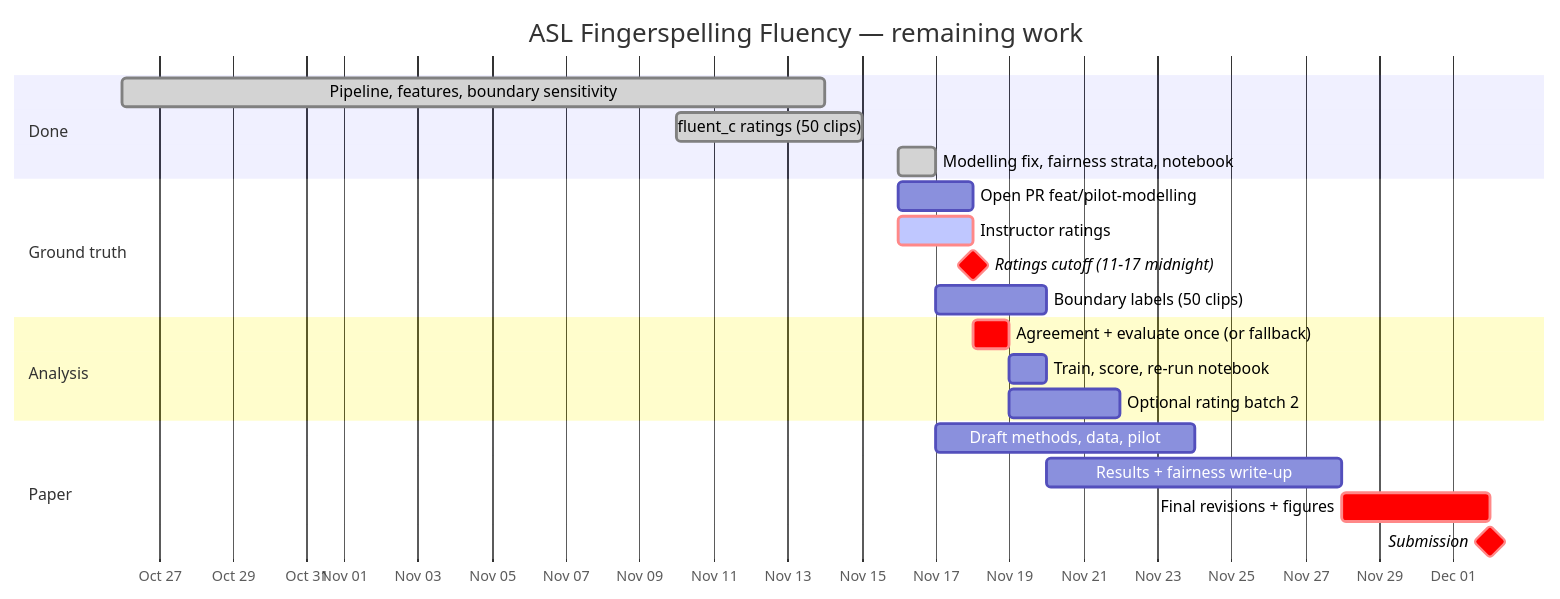
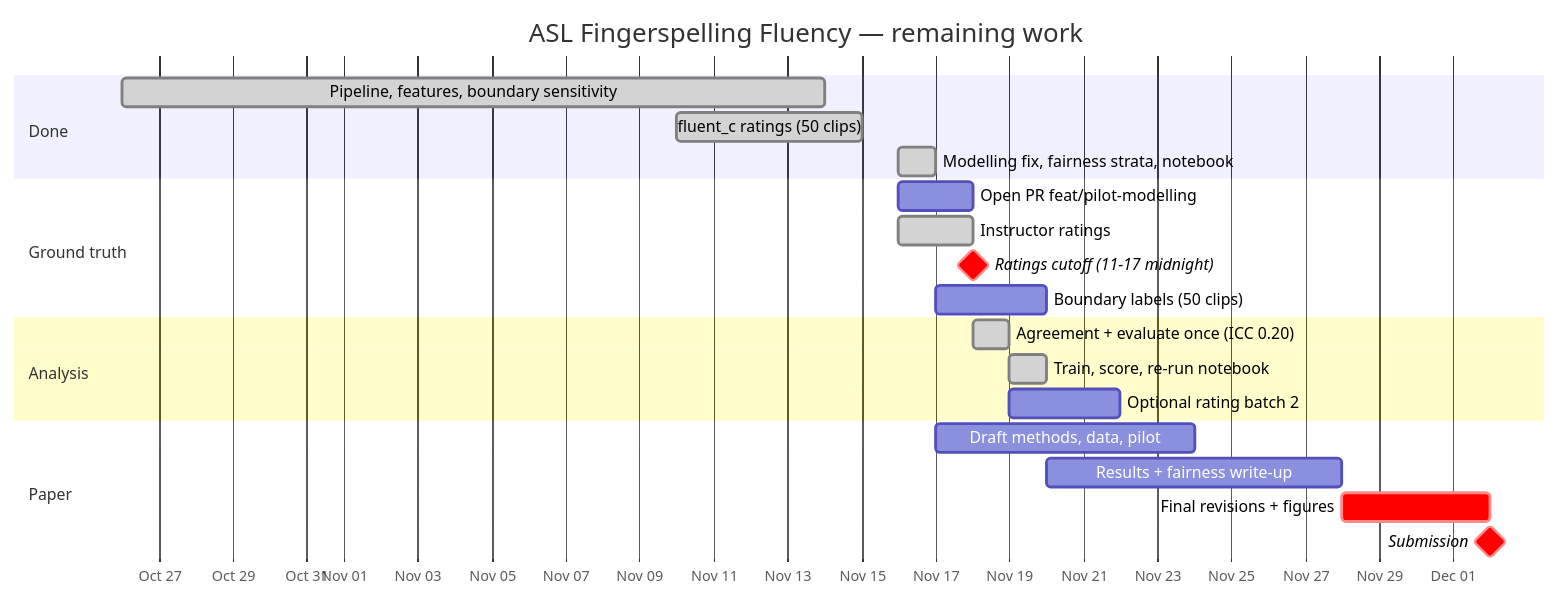
One commit to jasonkolodziej/cs-5243-901-project changed the diagram in README.md. Above: the diagram before and after it, drawn with Mermaid. The commit also changed other lines of this file and 7 other files, not shown here.

````diff
--- a/README.md
+++ b/README.md
@@ -62,29 +65,29 @@
 ```mermaid
 gantt
     title ASL Fingerspelling Fluency — remaining work
     dateFormat YYYY-MM-DD
     axisFormat %b %d
     todayMarker on
 
     section Done
     Pipeline, features, boundary sensitivity :done, d1, 2026-10-26, 2026-11-14
     fluent_c ratings (50 clips)              :done, d2, 2026-11-10, 2026-11-15
     Modelling fix, fairness strata, notebook :done, d3, 2026-11-16, 1d
 
     section Ground truth
     Open PR feat/pilot-modelling             :a1, 2026-11-16, 2d
-    Instructor ratings                       :crit, active, r1, 2026-11-16, 2026-11-18
+    Instructor ratings                       :done, r1, 2026-11-16, 2026-11-18
     Ratings cutoff (11-17 midnight)          :milestone, crit, m1, 2026-11-18, 0d
     Boundary labels (50 clips)               :b1, 2026-11-17, 2026-11-20
 
     section Analysis
-    Agreement + evaluate once (or fallback)  :crit, e1, after m1, 1d
-    Train, score, re-run notebook            :e2, after e1, 1d
+    Agreement + evaluate once (ICC 0.20)     :done, e1, after m1, 1d
+    Train, score, re-run notebook            :done, e2, after e1, 1d
     Optional rating batch 2                  :opt, after e1, 3d
 
     section Paper
     Draft methods, data, pilot               :p1, 2026-11-17, 2026-11-24
     Results + fairness write-up              :p2, after e2, 2026-11-28
     Final revisions + figures                :crit, p3, 2026-11-28, 2026-12-02
     Submission                               :milestone, crit, m2, 2026-12-02, 0d
 ```
````
